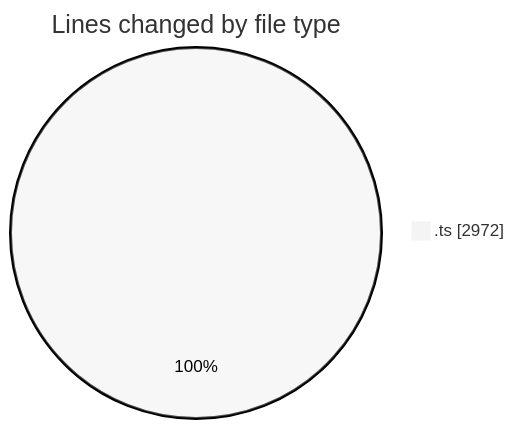
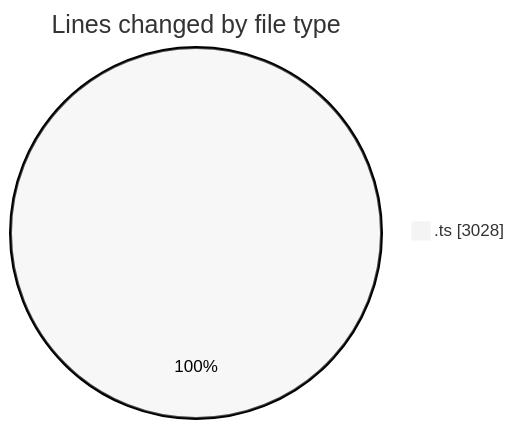
The first of 2 diagrams in 2025-06-24/cda/README.md (momahboobian/code-tracking), drawn with Mermaid (neutral theme) before and after one commit. The commit also changed other lines of this file and 1 other file, not shown here.

````diff
--- a/2025-06-24/cda/README.md
+++ b/2025-06-24/cda/README.md
@@ -24,5 +24,5 @@
 ```mermaid
 pie showData
 title Lines changed by file type
-".ts" : 2972
+".ts" : 3028
 ```
````
